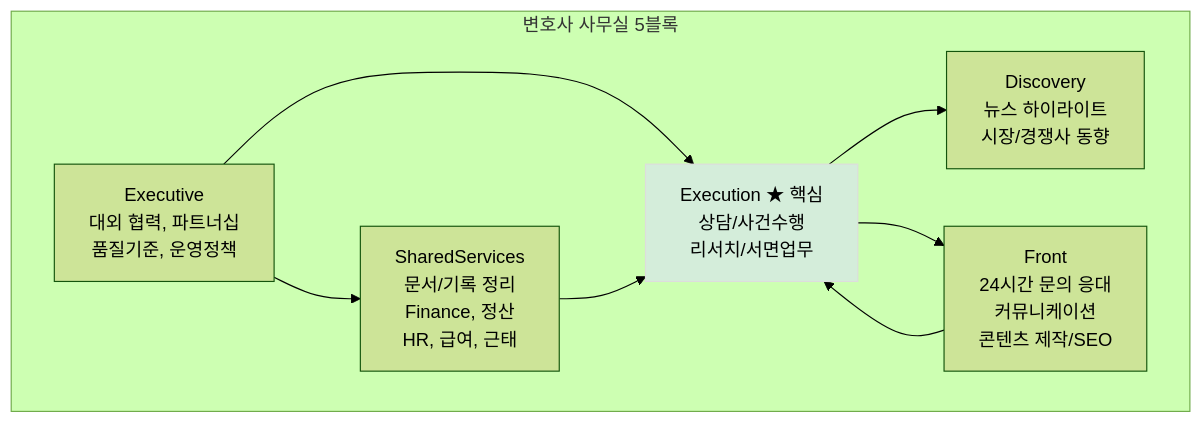
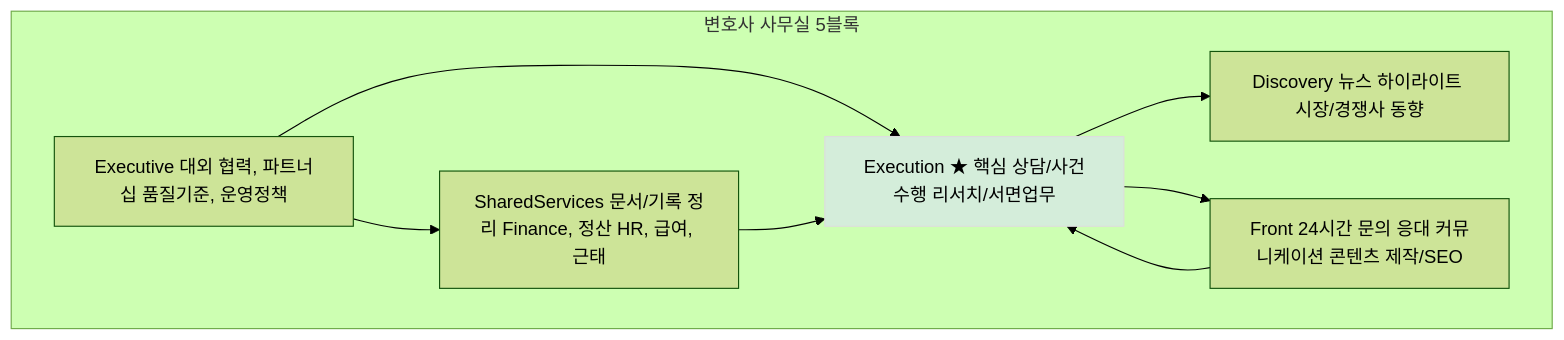
The fifth of 5 diagrams in 03-agent/34-execution.md (Kanghyeop/pages-book-agent101), drawn with Mermaid (forest theme) before and after one commit. The commit also changed other lines of this file and 48 other files, not shown here.

First line of the commit message:
fix: Mermaid 렌더링 + SVG 경로 수정

````diff
--- a/03-agent/34-execution.md
+++ b/03-agent/34-execution.md
@@ -363,23 +363,23 @@
 ```mermaid
 flowchart TB
     subgraph LawFirm[변호사 사무실 5블록]
-        E[Executive<br/>대외 협력, 파트너십<br/>품질기준, 운영정책]
+        E[Executive 대외 협력, 파트너십 품질기준, 운영정책]
 
-        SS[SharedServices<br/>문서/기록 정리<br/>Finance, 정산<br/>HR, 급여, 근태]
+        SS[SharedServices 문서/기록 정리 Finance, 정산 HR, 급여, 근태]
 
-        EX["Execution ★ 핵심<br/>상담/사건수행<br/>리서치/서면업무"]
+        EX["Execution ★ 핵심 상담/사건수행 리서치/서면업무"]
 
-        D[Discovery<br/>뉴스 하이라이트<br/>시장/경쟁사 동향]
+        D[Discovery 뉴스 하이라이트 시장/경쟁사 동향]
 
-        F[Front<br/>24시간 문의 응대<br/>커뮤니케이션<br/>콘텐츠 제작/SEO]
+        F[Front 24시간 문의 응대 커뮤니케이션 콘텐츠 제작/SEO]
     end
 
     E --> SS
     E --> EX
     SS --> EX
     EX --> D
     EX --> F
     F --> EX
 
     style EX fill:#D4EDDA,stroke:#DDDDDD
 ```
````
